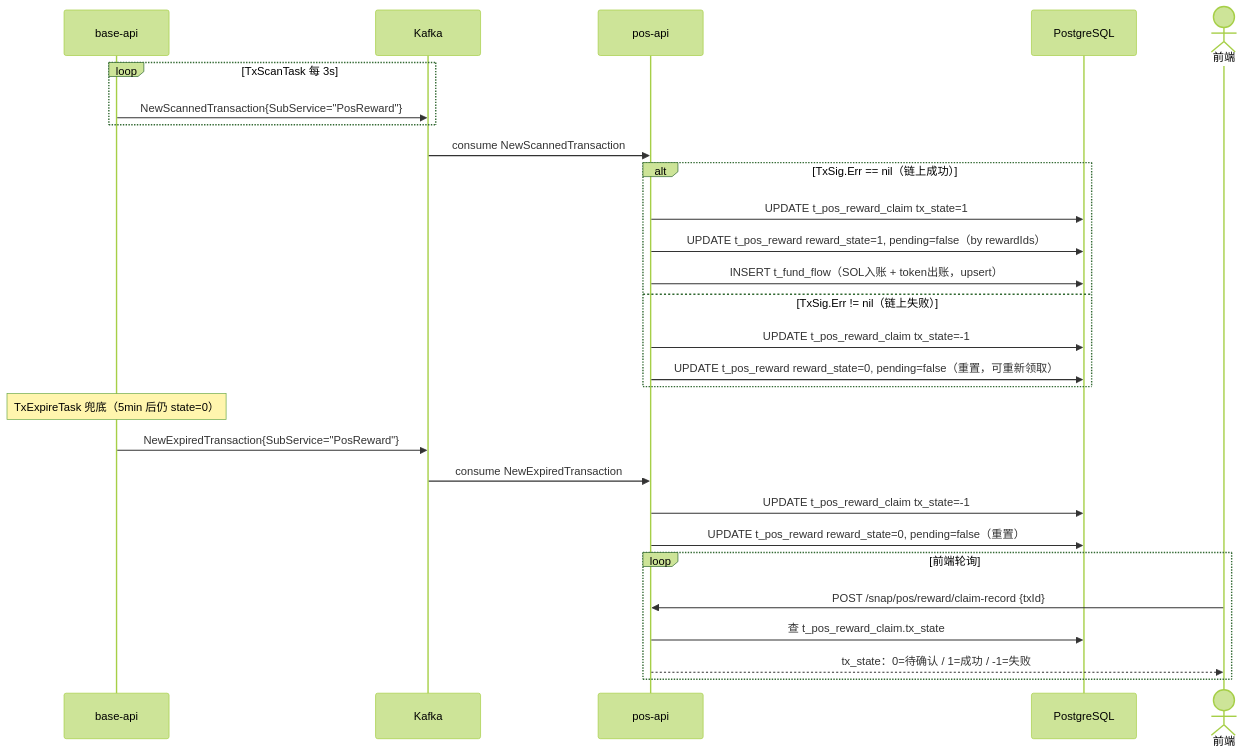
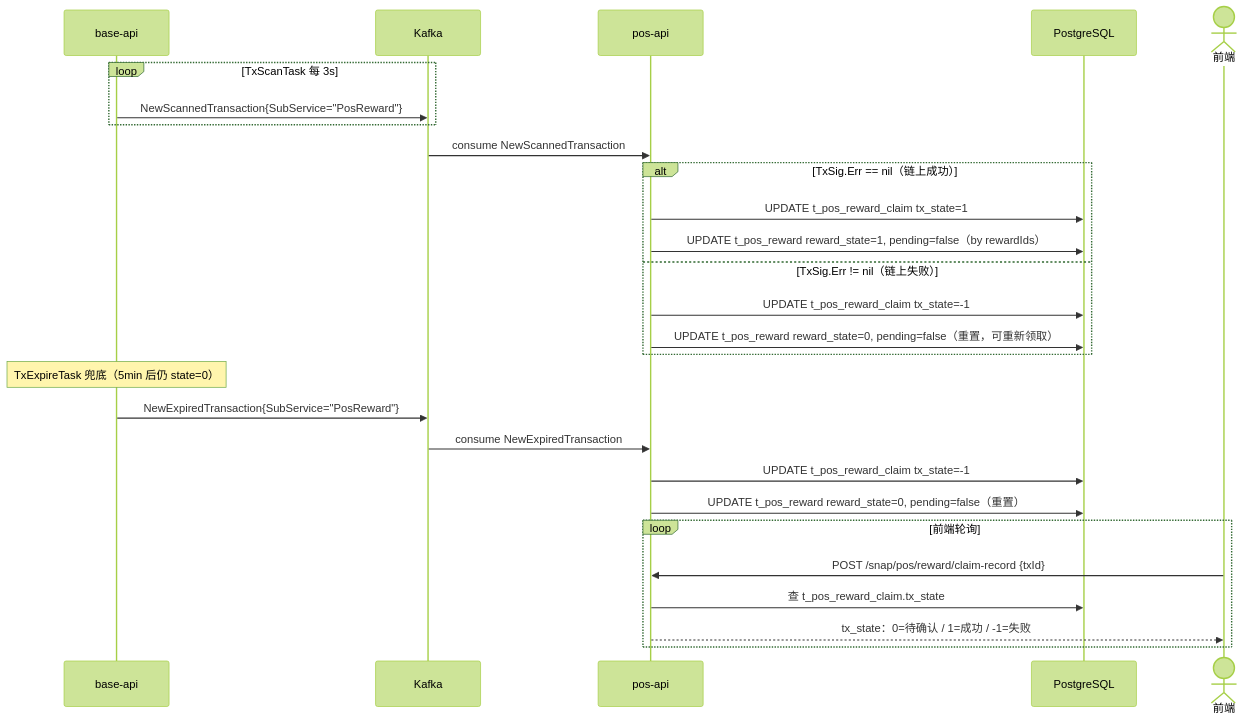
Before and after one commit to BillInUK/oshit-go: the fifth of 7 diagrams in docs/v1/pos_pos_reward.md, drawn with Mermaid (forest theme). The commit also changed other lines of this file and 20 other files, not shown here.

````diff
--- a/docs/v1/pos_pos_reward.md
+++ b/docs/v1/pos_pos_reward.md
@@ -288,34 +288,33 @@
 ```mermaid
 sequenceDiagram
     participant B as base-api
     participant K as Kafka
     participant R as pos-api
     participant DB as PostgreSQL
     actor FE as 前端
 
     loop TxScanTask 每 3s
         B->>K: NewScannedTransaction{SubService="PosReward"}
     end
 
     K->>R: consume NewScannedTransaction
     alt TxSig.Err == nil（链上成功）
         R->>DB: UPDATE t_pos_reward_claim tx_state=1
         R->>DB: UPDATE t_pos_reward reward_state=1, pending=false（by rewardIds）
-        R->>DB: INSERT t_fund_flow（SOL入账 + token出账，upsert）
     else TxSig.Err != nil（链上失败）
         R->>DB: UPDATE t_pos_reward_claim tx_state=-1
         R->>DB: UPDATE t_pos_reward reward_state=0, pending=false（重置，可重新领取）
     end
 
     Note over B: TxExpireTask 兜底（5min 后仍 state=0）
     B->>K: NewExpiredTransaction{SubService="PosReward"}
     K->>R: consume NewExpiredTransaction
     R->>DB: UPDATE t_pos_reward_claim tx_state=-1
     R->>DB: UPDATE t_pos_reward reward_state=0, pending=false（重置）
 
     loop 前端轮询
         FE->>R: POST /snap/pos/reward/claim-record {txId}
         R->>DB: 查 t_pos_reward_claim.tx_state
         R-->>FE: tx_state：0=待确认 / 1=成功 / -1=失败
     end
 ```
````
